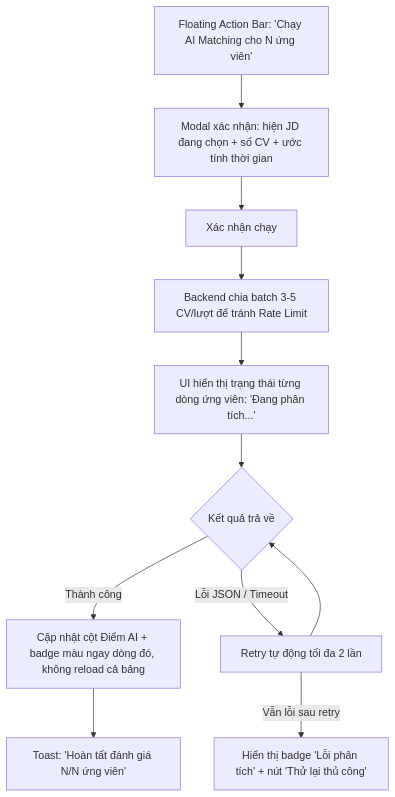
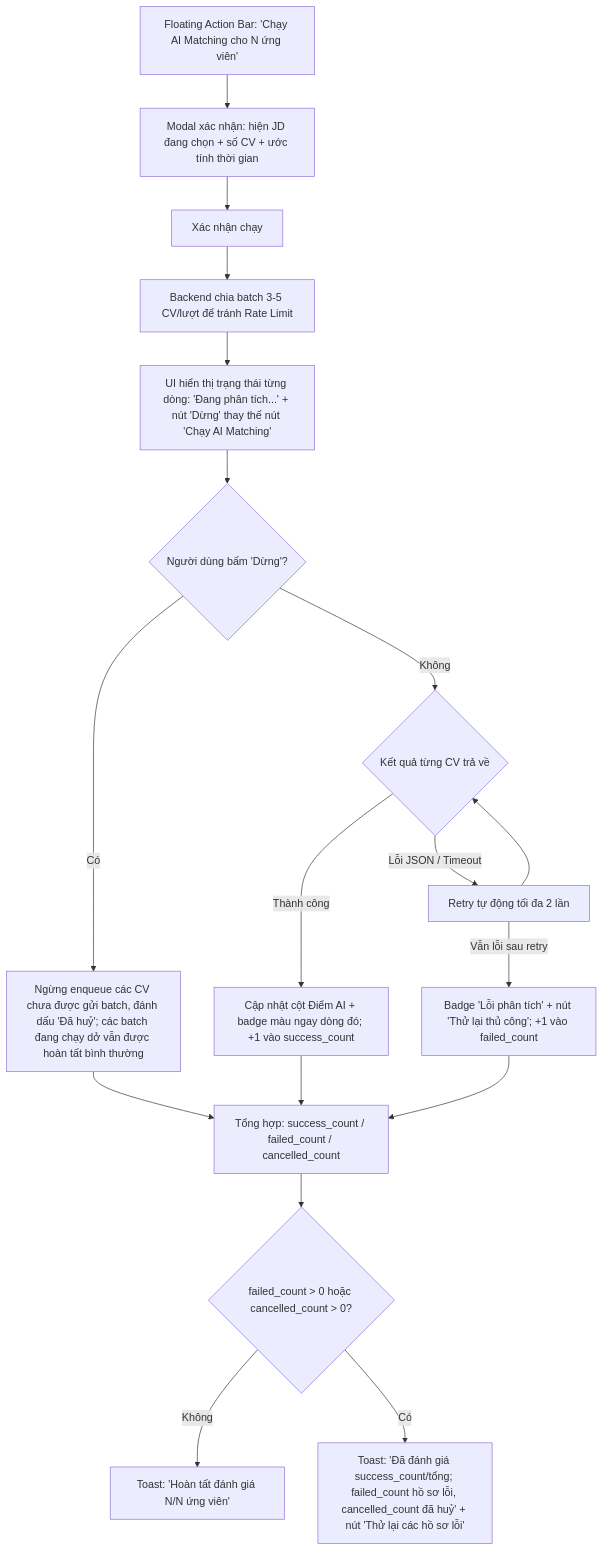
Before and after one commit to nadz1112/MikiriCV: the fifth of 9 diagrams in docs/Chuong4_CVMikiri_UX.md, drawn with Mermaid. The commit also changed other lines of this file, not shown here.

Commit message:
docs: UX/UI Design (User Flow, Wireframe, Prototype, AI Design Review) for CVMikiri

````diff
--- a/docs/Chuong4_CVMikiri_UX.md
+++ b/docs/Chuong4_CVMikiri_UX.md
@@ -90,13 +129,20 @@
 ```mermaid
 flowchart TD
     A[Floating Action Bar: 'Chạy AI Matching cho N ứng viên'] --> B[Modal xác nhận: hiện JD đang chọn + số CV + ước tính thời gian]
     B --> C[Xác nhận chạy]
     C --> D[Backend chia batch 3-5 CV/lượt để tránh Rate Limit]
-    D --> E[UI hiển thị trạng thái từng dòng ứng viên: 'Đang phân tích...']
-    E --> F{Kết quả trả về}
-    F -- Thành công --> G[Cập nhật cột Điểm AI + badge màu ngay dòng đó, không reload cả bảng]
-    F -- Lỗi JSON / Timeout --> H[Retry tự động tối đa 2 lần]
-    H --> F
-    H -- Vẫn lỗi sau retry --> I[Hiển thị badge 'Lỗi phân tích' + nút 'Thử lại thủ công']
-    G --> J[Toast: 'Hoàn tất đánh giá N/N ứng viên']
+    D --> E["UI hiển thị trạng thái từng dòng: 'Đang phân tích...' + nút 'Dừng' thay thế nút 'Chạy AI Matching'"]
+    E --> F{Người dùng bấm 'Dừng'?}
+    F -- Có --> G[Ngừng enqueue các CV chưa được gửi batch, đánh dấu 'Đã huỷ'; các batch đang chạy dở vẫn được hoàn tất bình thường]
+    F -- Không --> H{Kết quả từng CV trả về}
+    H -- Thành công --> I[Cập nhật cột Điểm AI + badge màu ngay dòng đó; +1 vào success_count]
+    H -- Lỗi JSON / Timeout --> J[Retry tự động tối đa 2 lần]
+    J --> H
+    J -- Vẫn lỗi sau retry --> K["Badge 'Lỗi phân tích' + nút 'Thử lại thủ công'; +1 vào failed_count"]
+    G --> L[Tổng hợp: success_count / failed_count / cancelled_count]
+    I --> L
+    K --> L
+    L --> M{failed_count > 0 hoặc cancelled_count > 0?}
+    M -- Không --> N["Toast: 'Hoàn tất đánh giá N/N ứng viên'"]
+    M -- Có --> O["Toast: 'Đã đánh giá success_count/tổng; failed_count hồ sơ lỗi, cancelled_count đã huỷ' + nút 'Thử lại các hồ sơ lỗi'"]
 ```
````
